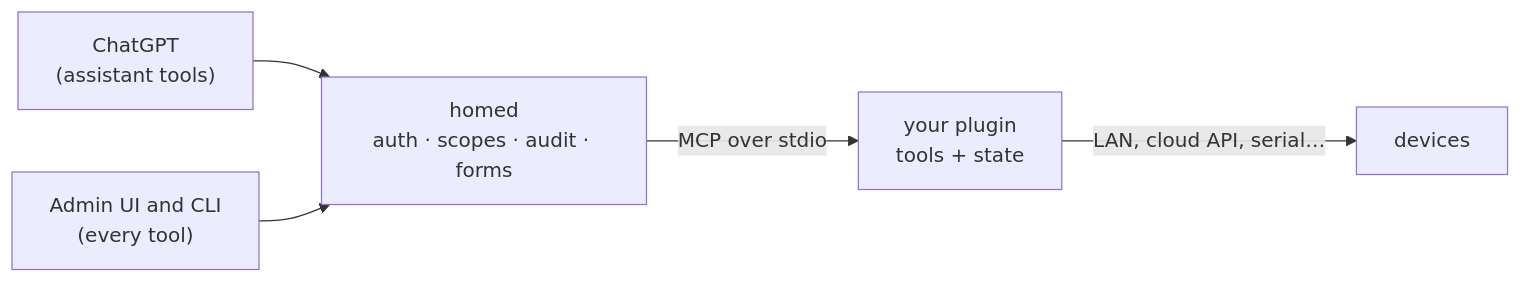
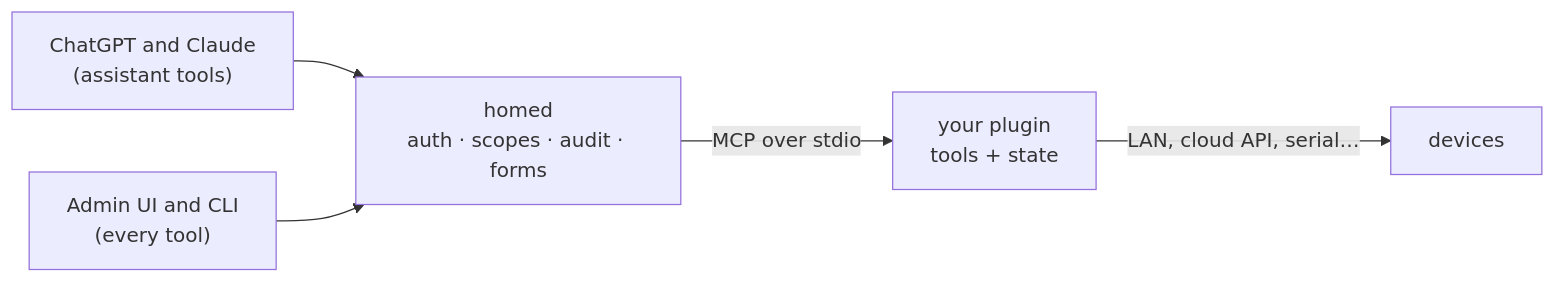
One commit to devXpro/homie changed the first of 2 diagrams in docs/PLUGINS.md. Above: the diagram before and after it, drawn with Mermaid. The commit also changed other lines of this file and 30 other files, not shown here.

````diff
--- a/docs/PLUGINS.md
+++ b/docs/PLUGINS.md
@@ -22,7 +22,7 @@
 ```mermaid
 flowchart LR
-    G["ChatGPT<br/>(assistant tools)"] --> H
+    G["ChatGPT and Claude<br/>(assistant tools)"] --> H
     A["Admin UI and CLI<br/>(every tool)"] --> H
     H["homed<br/>auth · scopes · audit · forms"] -->|"MCP over stdio"| P["your plugin<br/>tools + state"]
     P -->|"LAN, cloud API, serial…"| D["devices"]
 ```
````
